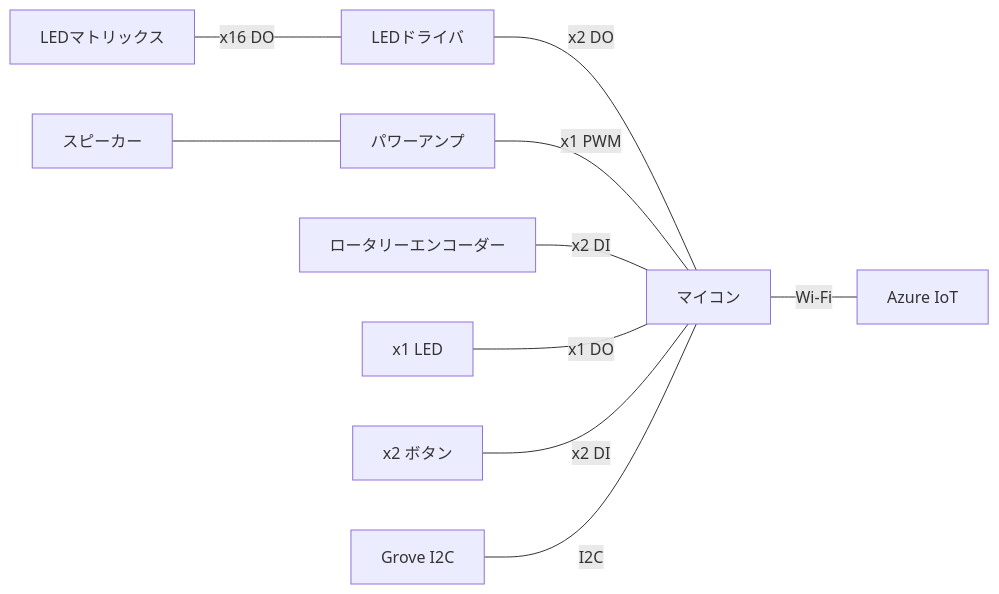
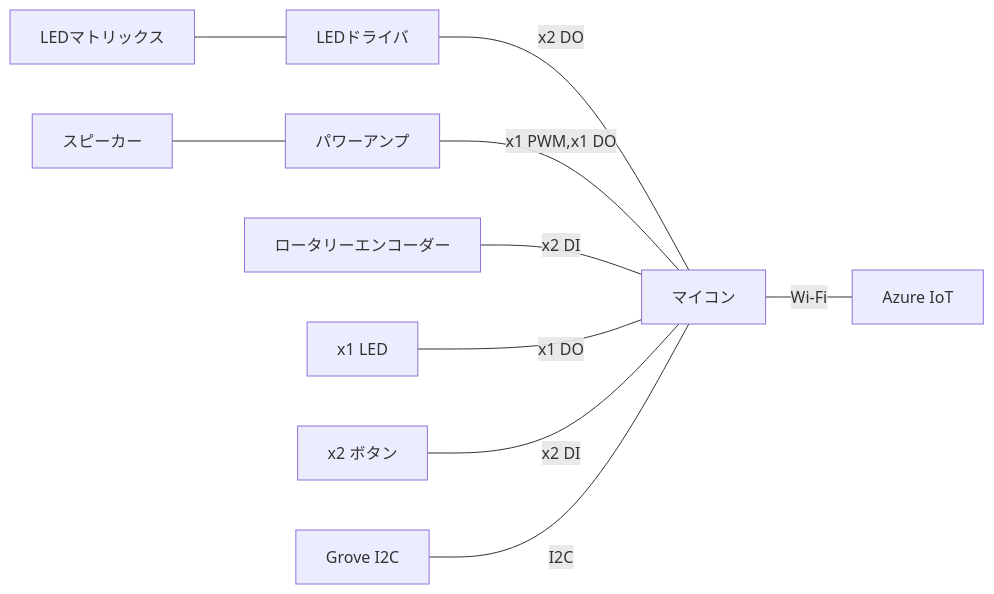
Before and after one commit to algyan/XIAOGYAN: the diagram in README.md, drawn with Mermaid. The commit also changed other lines of this file and 2 other files, not shown here.

````diff
--- a/README.md
+++ b/README.md
@@ -45,12 +18,12 @@
 ```mermaid
 flowchart LR
-    id1[LEDマトリックス]-- x16 DO ---id7[LEDドライバ]
+    id1[LEDマトリックス]---id7[LEDドライバ]
     id7-- x2 DO ---id2[マイコン]
     id3[スピーカー]---id11[パワーアンプ]
-    id11-- x1 PWM ---id2
+    id11-- x1 PWM,x1 DO ---id2
     id4[ロータリーエンコーダー]-- x2 DI ---id2
     id8[x1 LED]-- x1 DO ---id2
     id9[x2 ボタン]-- x2 DI ---id2
     id2-- Wi-Fi ---id6[Azure IoT]
     id10[Grove I2C]-- I2C ---id2
 ```
````
